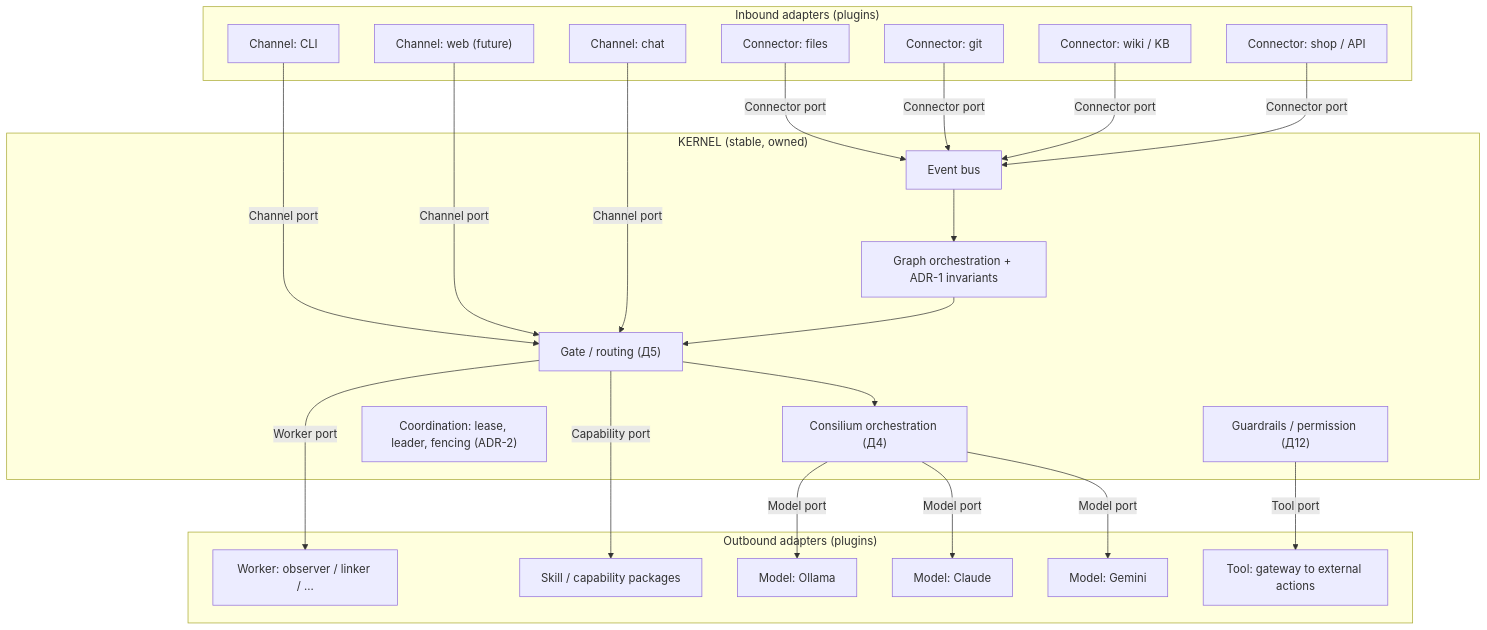
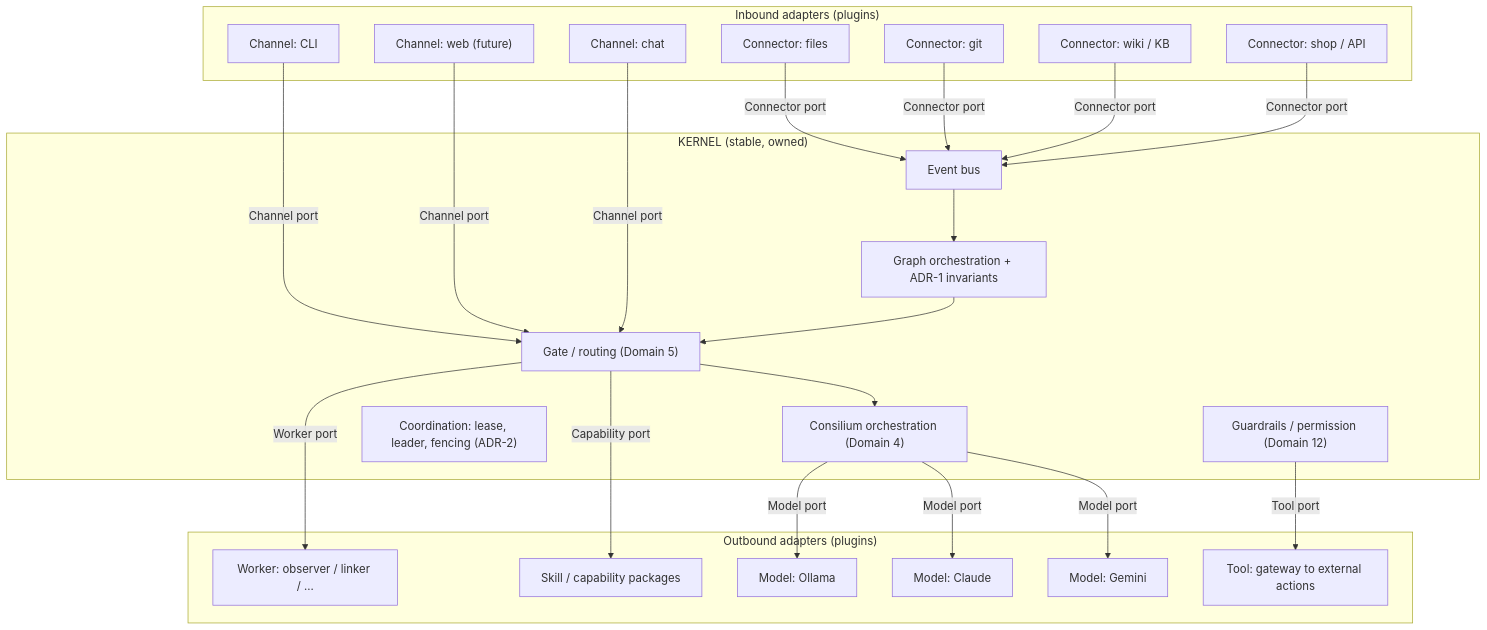
One commit to wefts/swarm changed the second of 6 diagrams in docs/system_architecture.md. Above: the diagram before and after it, drawn with Mermaid. The commit also changed other lines of this file and 3 other files, not shown here.

````diff
--- a/docs/system_architecture.md
+++ b/docs/system_architecture.md
@@ -121,38 +121,38 @@
 ```mermaid
 flowchart TB
     subgraph Adapters_in["Inbound adapters (plugins)"]
         C1["Connector: files"]
         C2["Connector: git"]
         C3["Connector: wiki / KB"]
         C4["Connector: shop / API"]
         CH1["Channel: CLI"]
         CH2["Channel: web (future)"]
         CH3["Channel: chat"]
     end
 
     subgraph Kernel["KERNEL (stable, owned)"]
         BUS["Event bus"]
         GRAPH["Graph orchestration + ADR-1 invariants"]
-        GATE["Gate / routing (Д5)"]
-        CONS["Consilium orchestration (Д4)"]
+        GATE["Gate / routing (Domain 5)"]
+        CONS["Consilium orchestration (Domain 4)"]
         COORD["Coordination: lease, leader, fencing (ADR-2)"]
-        GUARD["Guardrails / permission (Д12)"]
+        GUARD["Guardrails / permission (Domain 12)"]
     end
 
     subgraph Adapters_out["Outbound adapters (plugins)"]
         W1["Worker: observer / linker / ..."]
         SK["Skill / capability packages"]
         M1["Model: Ollama"]
         M2["Model: Claude"]
         M3["Model: Gemini"]
         T1["Tool: gateway to external actions"]
     end
 
     C1 & C2 & C3 & C4 -->|Connector port| BUS
     CH1 & CH2 & CH3 -->|Channel port| GATE
     BUS --> GRAPH --> GATE --> CONS
     GATE -->|Worker port| W1
     CONS -->|Model port| M1 & M2 & M3
     GATE -->|Capability port| SK
     GUARD -->|Tool port| T1
 ```
````
